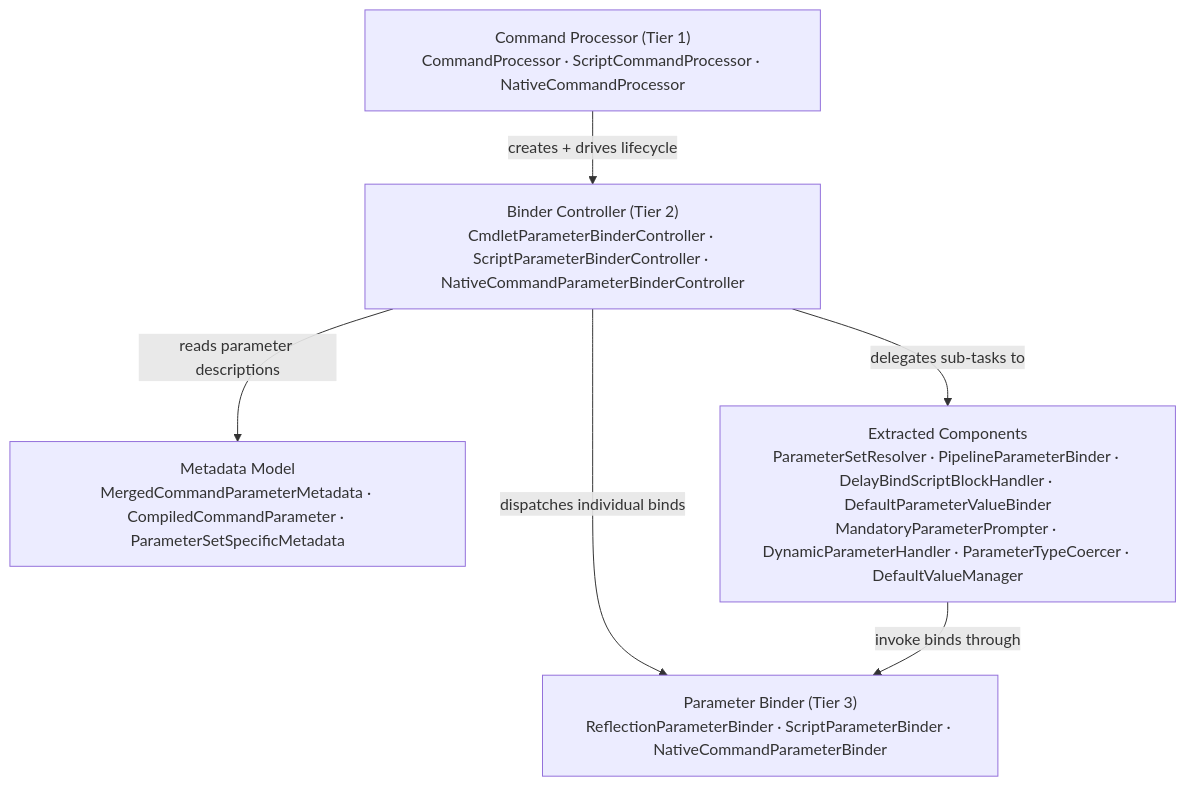
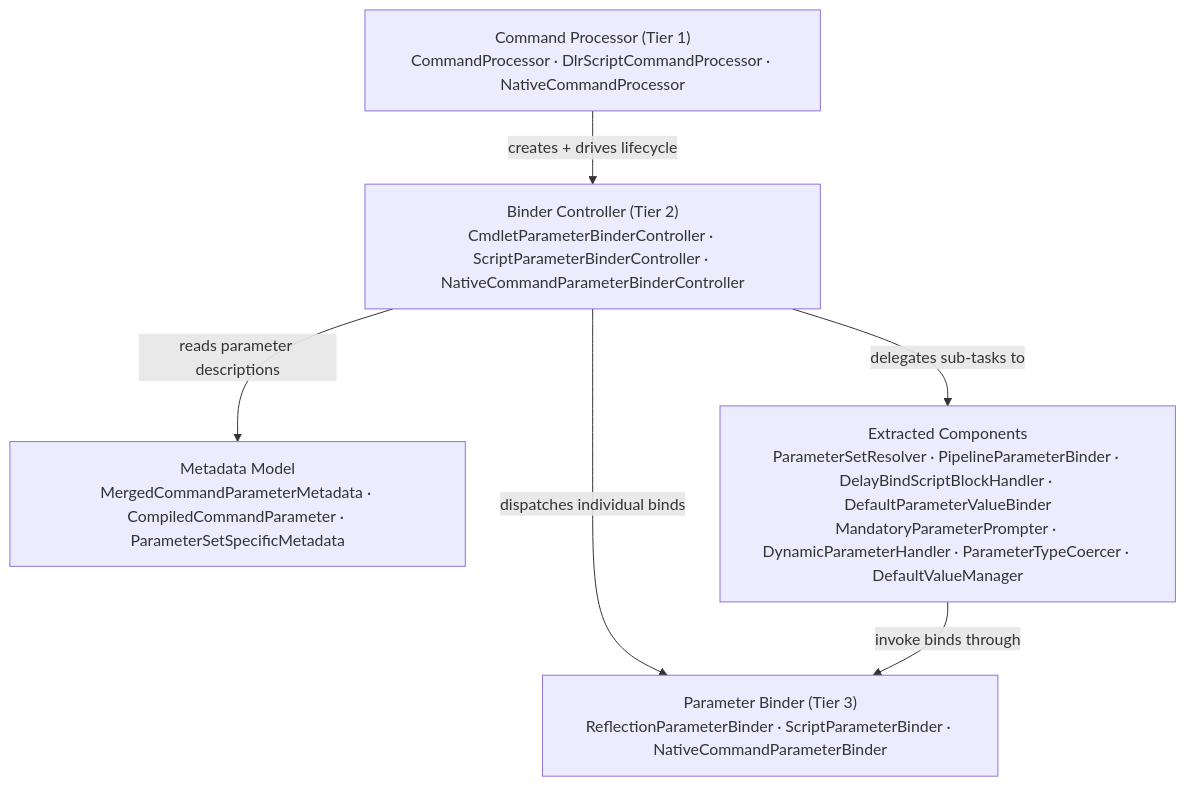
The second of 6 diagrams in docs/dev-process/ParameterBinding.md (powercode/PowerShell), drawn with Mermaid before and after one commit. The commit also changed other lines of this file, not shown here.

Commit message:
docs: Rename ScriptCommandProcessor to ScriptCommandProcessorBase and update related references

````diff
--- a/docs/dev-process/ParameterBinding.md
+++ b/docs/dev-process/ParameterBinding.md
@@ -100,15 +102,15 @@
 ```mermaid
 %%{init: {"flowchart": {"wrappingWidth": 400}} }%%
 graph TD
-    Processor["Command Processor (Tier 1)<br/>CommandProcessor · ScriptCommandProcessor · NativeCommandProcessor"]
+    Processor["Command Processor (Tier 1)<br/>CommandProcessor · DlrScriptCommandProcessor · NativeCommandProcessor"]
     Controller["Binder Controller (Tier 2)<br/>CmdletParameterBinderController · ScriptParameterBinderController · NativeCommandParameterBinderController"]
     Binder["Parameter Binder (Tier 3)<br/>ReflectionParameterBinder · ScriptParameterBinder · NativeCommandParameterBinder"]
     Metadata["Metadata Model<br/>MergedCommandParameterMetadata · CompiledCommandParameter · ParameterSetSpecificMetadata"]
     Components["Extracted Components<br/>ParameterSetResolver · PipelineParameterBinder · DelayBindScriptBlockHandler · DefaultParameterValueBinder<br/>MandatoryParameterPrompter · DynamicParameterHandler · ParameterTypeCoercer · DefaultValueManager"]
 
     Processor -->|"creates + drives lifecycle"| Controller
     Controller -->|"dispatches individual binds"| Binder
     Controller -->|"reads parameter descriptions"| Metadata
     Controller -->|"delegates sub-tasks to"| Components
     Components -->|"invoke binds through"| Binder
 ```
````
